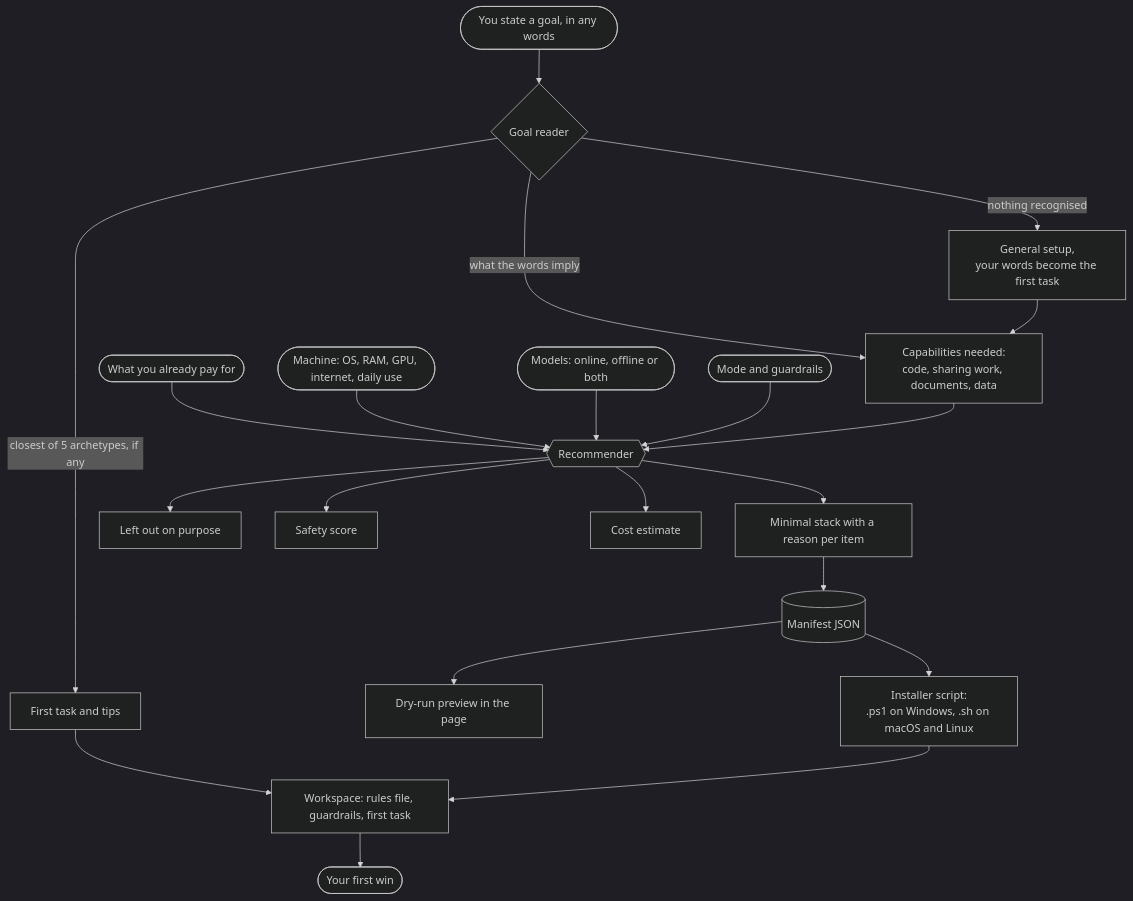
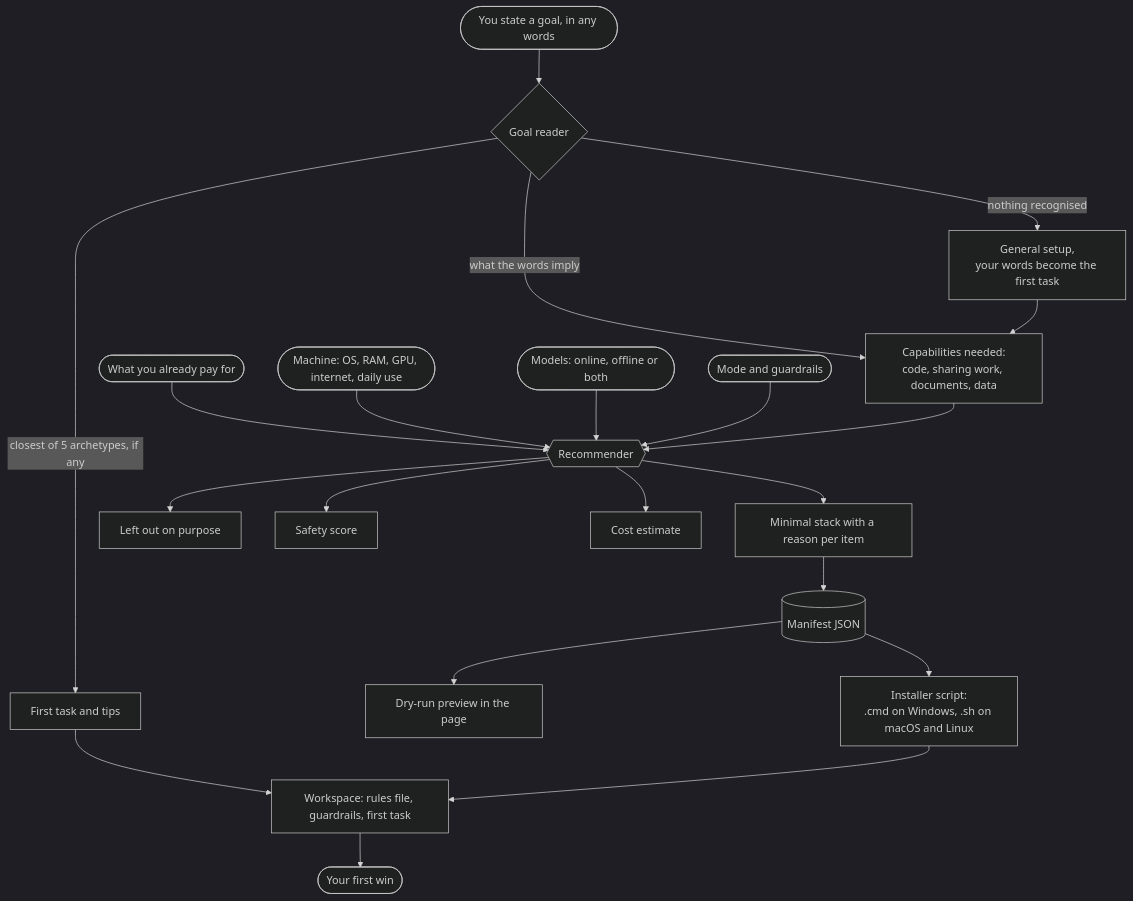
One commit to Arnav-dll/AgentReady changed the first of 5 diagrams in README.md. Above: the diagram before and after it, drawn with Mermaid (dark theme). The commit also changed other lines of this file and 1 other file, not shown here.

First line of the commit message:
Ship the Windows installer as a double-clickable .cmd

````diff
--- a/README.md
+++ b/README.md
@@ -48,26 +48,26 @@
 ```mermaid
 flowchart TD
     A([You state a goal, in any words]) --> B{Goal reader}
     B -->|what the words imply| C[Capabilities needed:<br/>code, sharing work, documents, data]
     B -->|closest of 5 archetypes, if any| T[First task and tips]
     B -->|nothing recognised| G[General setup,<br/>your words become the first task]
     G --> C
 
     D([What you already pay for]) --> R
     E([Machine: OS, RAM, GPU, internet, daily use]) --> R
     H([Models: online, offline or both]) --> R
     F([Mode and guardrails]) --> R
     C --> R{{Recommender}}
     T --> W
 
     R --> S[Minimal stack with a reason per item]
     R --> K[Left out on purpose]
     R --> SC[Safety score]
     R --> CO[Cost estimate]
 
     S --> M[(Manifest JSON)]
     M --> P[Dry-run preview in the page]
-    M --> I[Installer script:<br/>.ps1 on Windows, .sh on macOS and Linux]
+    M --> I[Installer script:<br/>.cmd on Windows, .sh on macOS and Linux]
     I --> W[Workspace: rules file, guardrails, first task]
     W --> Z([Your first win])
 ```
````
